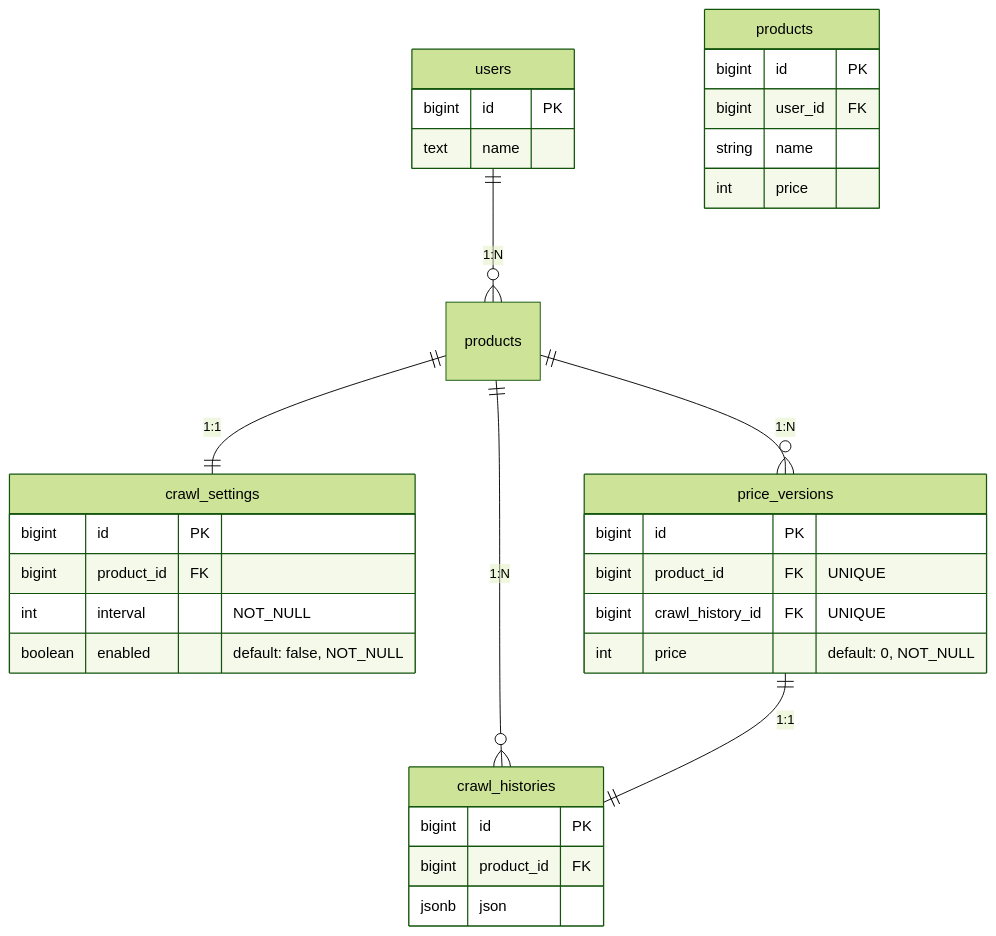
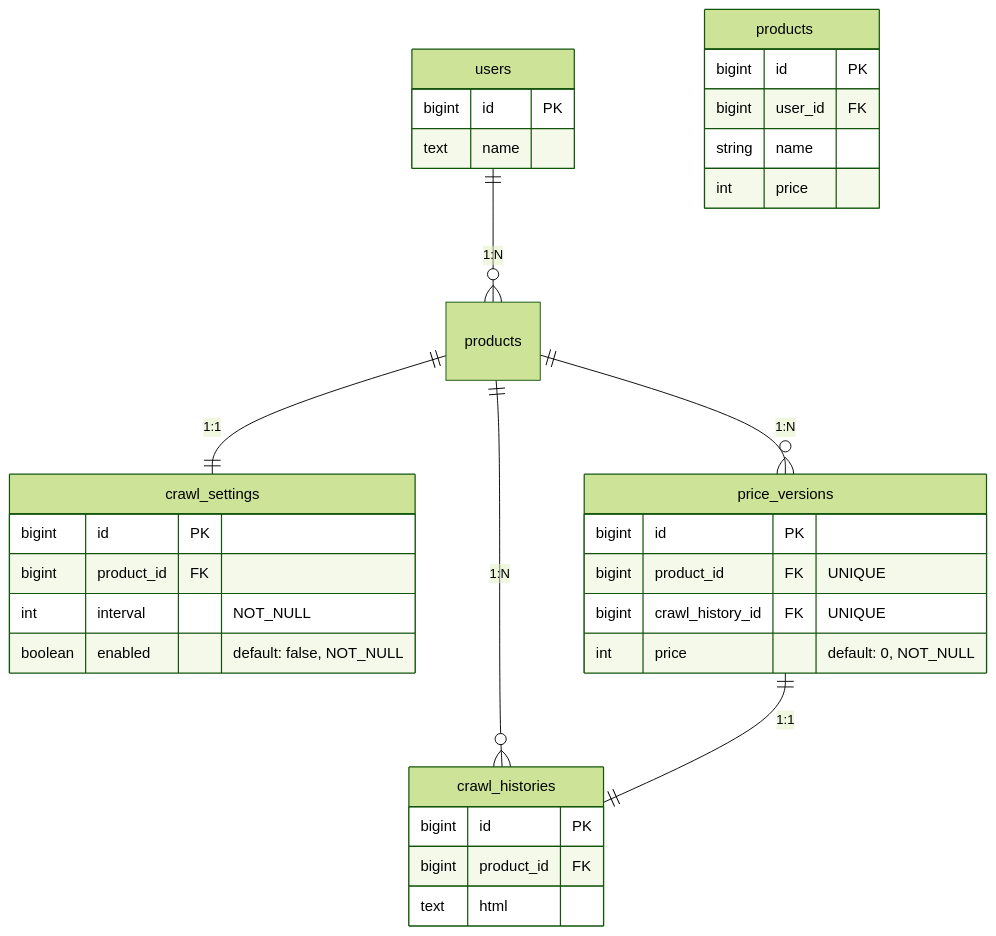
One commit to kuroweb/price-monitoring changed the second of 2 diagrams in README.md. Above: the diagram before and after it, drawn with Mermaid (forest theme). The commit also changed 11 other files, not shown here.

````diff
--- a/README.md
+++ b/README.md
@@ -80,36 +80,36 @@
 ```mermaid
 erDiagram
   users {
     bigint id PK
     text name
   }
   products　{
     bigint id PK
     bigint user_id FK
     string name
     int price
   }
   crawl_settings {
     bigint id PK
     bigint product_id FK
     int interval "NOT_NULL"
     boolean enabled "default: false, NOT_NULL"
   }
   price_versions {
     bigint id PK
     bigint product_id FK "UNIQUE"
     bigint crawl_history_id FK "UNIQUE"
     int price "default: 0, NOT_NULL"
   }
   crawl_histories {
     bigint id PK
     bigint product_id FK
-    jsonb json
+    text html
   }
 
   users ||--o{ products : "1:N"
   products ||--|| crawl_settings : "1:1"
   products ||--o{ price_versions : "1:N"
   products ||--o{ crawl_histories : "1:N"
   price_versions ||--|| crawl_histories : "1:1"
 ```
````
